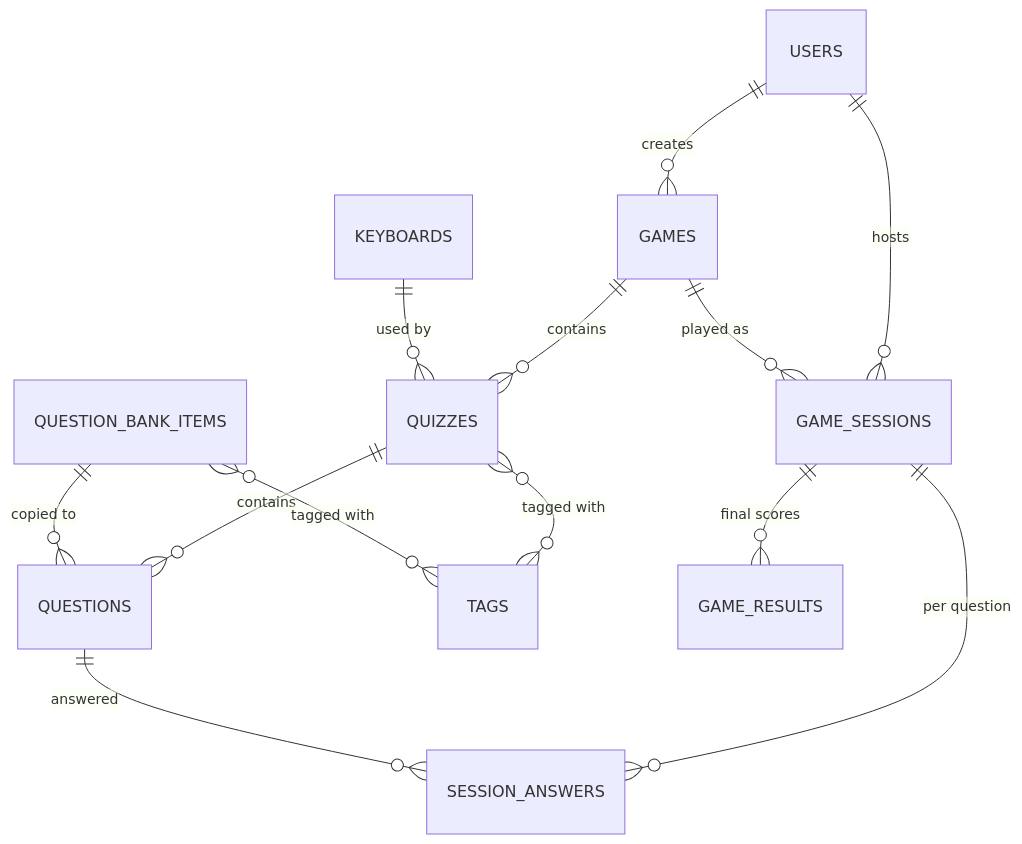
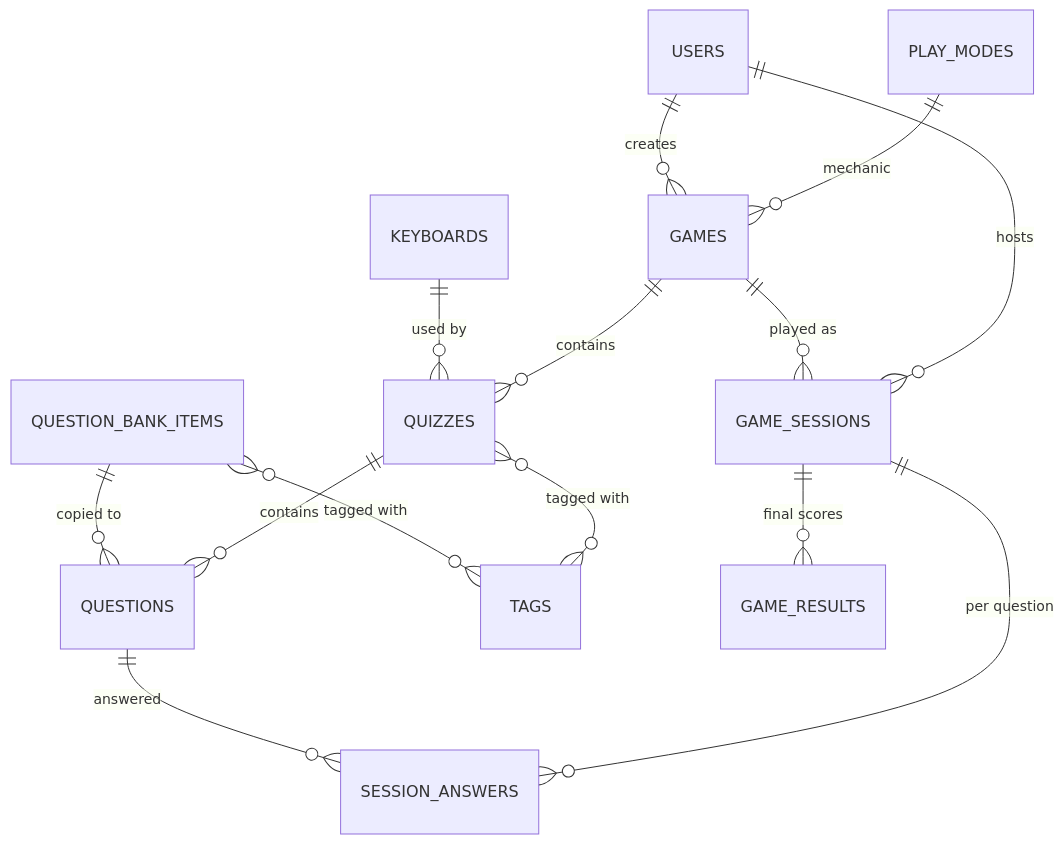
The diagram in docs/DATA_MODEL.md (nghiadvt/thay-dat-chemistry-learning), drawn with Mermaid before and after one commit. The commit also changed other lines of this file and 40 other files, not shown here.

````diff
--- a/docs/DATA_MODEL.md
+++ b/docs/DATA_MODEL.md
@@ -12,15 +12,16 @@
 ```mermaid
 erDiagram
+  PLAY_MODES ||--o{ GAMES : "mechanic"
   USERS ||--o{ GAMES : creates
   USERS ||--o{ GAME_SESSIONS : hosts
   GAMES ||--o{ QUIZZES : contains
   KEYBOARDS ||--o{ QUIZZES : "used by"
   QUIZZES ||--o{ QUESTIONS : contains
   QUIZZES }o--o{ TAGS : "tagged with"
   QUESTION_BANK_ITEMS }o--o{ TAGS : "tagged with"
   QUESTION_BANK_ITEMS ||--o{ QUESTIONS : "copied to"
   GAMES ||--o{ GAME_SESSIONS : "played as"
   GAME_SESSIONS ||--o{ GAME_RESULTS : "final scores"
   GAME_SESSIONS ||--o{ SESSION_ANSWERS : "per question"
   QUESTIONS ||--o{ SESSION_ANSWERS : answered
 ```
````
